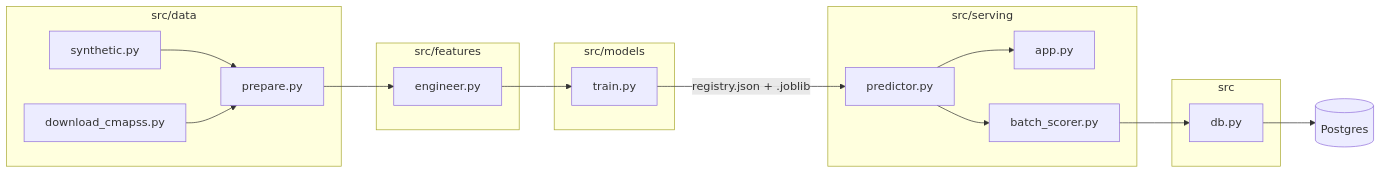
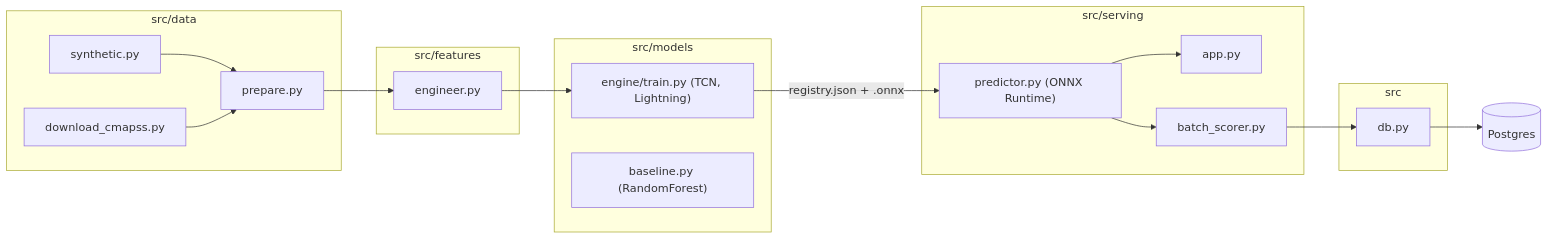
The fourth of 7 diagrams in 01-predictive-maintenance/docs/arc42.md (TimBoleslawsky/ai-architecture), drawn with Mermaid before and after one commit. The commit also changed other lines of this file and 21 other files, not shown here.

````diff
--- a/01-predictive-maintenance/docs/arc42.md
+++ b/01-predictive-maintenance/docs/arc42.md
@@ -98,31 +100,32 @@
 ```mermaid
 flowchart LR
     subgraph Data["src/data"]
         SYN["synthetic.py"]
         DL["download_cmapss.py"]
         PRE["prepare.py"]
     end
     subgraph Feat["src/features"]
         ENG["engineer.py"]
     end
     subgraph Model["src/models"]
-        TR["train.py"]
+        TR["engine/train.py (TCN, Lightning)"]
+        BS["baseline.py (RandomForest)"]
     end
     subgraph Serve["src/serving"]
-        PRED["predictor.py"]
+        PRED["predictor.py (ONNX Runtime)"]
         API["app.py"]
-        BS["batch_scorer.py"]
+        BSC["batch_scorer.py"]
     end
     subgraph Db["src"]
         DB["db.py"]
     end
     SYN --> PRE
     DL --> PRE
     PRE --> ENG
     ENG --> TR
-    TR -->|"registry.json + .joblib"| PRED
+    TR -->|"registry.json + .onnx"| PRED
     PRED --> API
-    PRED --> BS
-    BS --> DB
+    PRED --> BSC
+    BSC --> DB
     DB --> Pg[("Postgres")]
 ```
````
